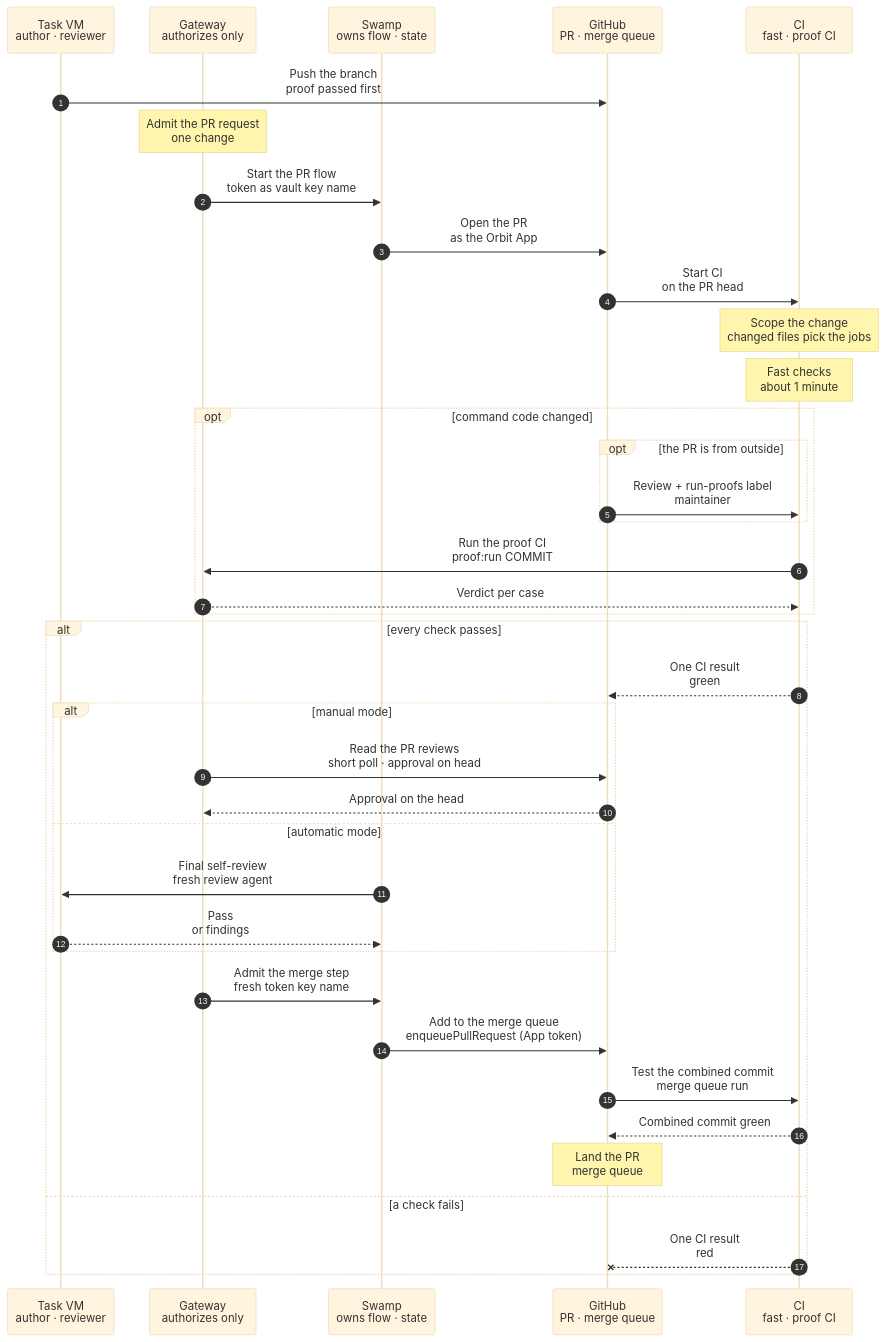
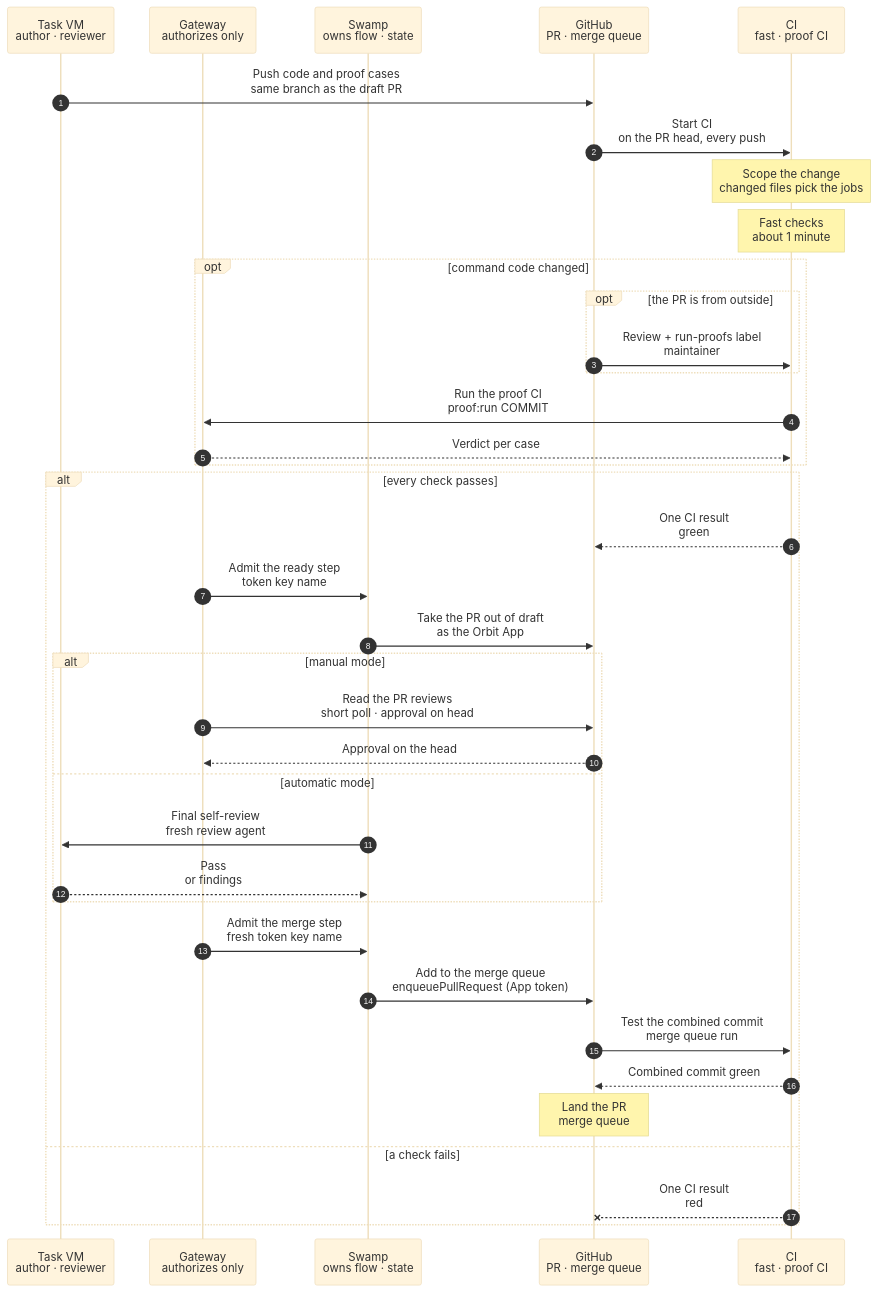
One commit to hardimpactdev/orbit changed the diagram in docs/reference/pipeline/4-pr-and-ci.mmd. Above: the diagram before and after it, drawn with Mermaid (base theme). The commit also changed 8 other files, not shown here.

First line of the commit message:
docs: one PR per command change

```diff
--- a/docs/reference/pipeline/4-pr-and-ci.mmd
+++ b/docs/reference/pipeline/4-pr-and-ci.mmd
@@ -1,107 +1,118 @@
 sequenceDiagram
-  %% Target design: stage 4 of the command development pipeline (feature-flow sections 3 and 4). There is one CI: the fast checks plus, for command code, the proof CI (proof:run for the affected commands). The merge queue requires that one CI result. Swamp opens the PR as the Orbit App and, once the gate has passed and CI is green, adds it to the merge queue with a Gateway-minted App token; the Gateway only admits and mints. GitHub auto-merge is not used.
+  %% Target design: stage 4 of the command development pipeline (feature-flow sections 3 and 4). It continues the one PR that stage 1 opened as a draft with the spec. The code and the runnable proof cases of the command are pushed to the same branch, so a reviewer can check that the chart, the docs, the cases, the code and the proof cases match. There is one CI: the fast checks plus, for command code, the proof CI (proof:run for the affected commands). It runs on every push. When everything is green the PR leaves draft; then comes the gate, and Swamp adds the PR to the merge queue with a Gateway-minted App token. The merge queue requires the one CI result. The Gateway only admits and mints. GitHub auto-merge is not used.
   %% status: draft
-  %% command: development pipeline stage 4 · PR and CI
+  %% command: development pipeline stage 4 · code, proof CI and merge in the same PR
   %% kind: pipeline.4-pr-and-ci
   autonumber
   %% lane AG icon=terminal pill=author tone=gray
   %% lane GW icon=gateway pill=intent tone=blue
   %% lane SW icon=workflow pill=executes tone=green
   %% lane GH icon=server pill=PR tone=purple
   %% lane CI icon=workflow pill=checks tone=amber
   participant AG as Task VM<br/>author · reviewer
   participant GW as Gateway<br/>authorizes only
   participant SW as Swamp<br/>owns flow · state
   participant GH as GitHub<br/>PR · merge queue
   participant CI as CI<br/>fast · proof CI
-  AG->>GH: Push the branch<br/>proof passed first
+  AG->>GH: Push code and proof cases<br/>same branch as the draft PR
   %%> Requirements:
+  %%> - the draft PR of stage 1 exists and its first commit holds the spec: chart, page and cases
   %%> - the cases passed on the nested fleet (stage 3)
-  Note over GW: Admit the PR request<br/>one change
   %%> What it does:
-  %%> - authorizes the request, records the operation, and mints a short-lived GitHub App token
-  GW->>SW: Start the PR flow<br/>token as vault key name
+  %%> - pushes the command code and the runnable proof cases to the branch of the draft PR; no second PR is opened
+  %%> - the chart, page, cases, code and proof cases are now in one PR, so a reviewer can check that they match
   %%> Not built:
-  %%> - the PR flow as a Swamp workflow
-  SW->>GH: Open the PR<br/>as the Orbit App
+  %%> - PRs opened by the App; today the author opens the draft PR as `nckrtl`
+  GH->>CI: Start CI<br/>on the PR head, every push
   %%> What it does:
-  %%> - one PR per change, with the chart, page and cases already merged for a command (stage 1)
-  %%> Not built:
-  %%> - PRs opened by the App; today the author opens the PR as `nckrtl`
-  GH->>CI: Start CI<br/>on the PR head
-  %%> What it does:
-  %%> - GitHub runs `ci.yml` for the PR head; there is one CI, and the merge queue requires its one result
+  %%> - GitHub runs `ci.yml` for the PR head on every push, also while the PR is a draft; there is one CI, and the merge queue requires its one result
   Note over CI: Scope the change<br/>changed files pick the jobs
   %%> Rules:
-  %%> - documentation only (`docs/`, `*.md`, charts): docs checks only, never the proof CI
+  %%> - documentation only (`docs/`, `*.md`, charts): docs checks only, never the proof CI; this is the spec commit alone
   %%> - Gateway code: fast checks and the Gateway Pest suite
   %%> - web or CLI code: fast checks and that build
   %%> - command code (workflows, extensions, playbooks, roles, versions): fast checks and the proof CI
   Note over CI: Fast checks<br/>about 1 minute
   %%> What it does:
   %%> - runs the required job set `Required checks`; every main commit also builds the web artifact and `Gateway release inputs` for the release (stage 5)
   opt command code changed
     opt the PR is from outside
       GH->>CI: Review + run-proofs label<br/>maintainer
       %%> What it does:
       %%> - a maintainer approves the head and adds the label `run-proofs`; the workflow passes that head SHA to `proof:run`
       %%> Why:
       %%> - a new push removes the label; the new head needs a new approval
     end
     CI->>GW: Run the proof CI<br/>proof:run COMMIT
     %%> What it does:
     %%> - a job on the beast or shark runner passes only the full SHA and an idempotency key; it checks out nothing and chooses no cases
     %%> - the Gateway checks the commit, selects the cases and starts one Swamp run, as in the chart of `proof:run`
     %%> Not built:
     %%> - the CI job that calls `proof:run`, and the proof CI as a job of the one CI result; today the queue needs `Required checks` alone
     GW-->>CI: Verdict per case
     %%> Result:
     %%> - the job reads the operation until it ends; a missing result or a failed assertion fails the CI result
   end
   alt every check passes
     CI-->>GH: One CI result<br/>green
     %%> Result:
     %%> - the merge queue requires this one result
+    GW->>SW: Admit the ready step<br/>token key name
+    %%> What it does:
+    %%> - authorizes the step and mints a short-lived App token
+    %%> When:
+    %%> - the PR is a draft and its CI is green on the head
+    SW->>GH: Take the PR out of draft<br/>as the Orbit App
+    %%> What it does:
+    %%> - marks the PR ready for review with the App token, passed by vault key name
+    %%> Why:
+    %%> - a draft means the work is still moving; leaving draft says the spec, code and proof cases are done
+    %%> Not built:
+    %%> - Swamp leaving draft; today the author runs `gh pr ready` as `nckrtl`
     alt manual mode
       GW->>GH: Read the PR reviews<br/>short poll · approval on head
       %%> What it does:
       %%> - Nick's approving review on the exact PR head is the gate; the Gateway sees it with a token that has only `pull_requests: read`
       %%> Why:
       %%> - the Gateway is private and its App receives no webhooks, so a short poll sees the approval
+      %%> - a push moves the PR head, so the approval must follow the last push
       %%> Not built:
       %%> - the approval-triggered continuation
       GH-->>GW: Approval on the head
     else automatic mode
       SW->>AG: Final self-review<br/>fresh review agent
       %%> What it does:
-      %%> - a new review agent, which took no part in the drafts or the earlier reviews, reads the PR head and the CI result
+      %%> - a new review agent, which took no part in the spec, the code or the earlier reviews, reads the whole PR head and the CI result
+      %%> Result:
+      %%> - findings go back to the author agent, which fixes them; the new head gets a new CI run and a new review
       AG-->>SW: Pass<br/>or findings
     end
     GW->>SW: Admit the merge step<br/>fresh token key name
     %%> Why:
     %%> - a token lives one hour and an approval can take longer, so the Gateway mints a new one for this step
     SW->>GH: Add to the merge queue<br/>enqueuePullRequest (App token)
     %%> What it does:
     %%> - Swamp adds the PR to the merge queue through GitHub's `enqueuePullRequest` GraphQL mutation, with the Gateway-minted App token passed by vault key name
     %%> - the Orbit App, through this Swamp step, decides whether the PR may merge; the PR's CI is already green and the gate has passed
     %%> History:
     %%> - GitHub auto-merge is no longer used
     %%> Not built:
     %%> - Swamp adding the PR to the merge queue; today the author runs `gh pr merge --auto` as `nckrtl` (the interim)
     %%> - the repository's auto-merge setting is switched off once Swamp enqueues PRs
     GH->>CI: Test the combined commit<br/>merge queue run
     %%> What it does:
-    %%> - the queue builds the PR on top of the newest main and runs the same selection rule
+    %%> - the queue builds the PR on top of the newest main and runs CI again with the same selection rule
     %%> - a batch needs the proof CI only for PRs that change command code
     CI-->>GH: Combined commit green
     %%> Result:
     %%> - the queue run tested the exact commit it now puts on main
     Note over GH: Land the PR<br/>merge queue
     %%> Result:
-    %%> - the commit is on main; the Gateway release (stage 5) finds it
+    %%> - the spec, the code and the proof cases are on main together; the Gateway release (stage 5) finds them
   else a check fails
     CI--xGH: One CI result<br/>red
     %%> Result:
-    %%> - the PR stays out of the queue; the author fixes and pushes again, and the gate starts again on the new head
+    %%> - the PR stays a draft and out of the queue; the author fixes and pushes again, and CI runs again on the new head
+    %%> - a PR that left draft and then goes red is fixed the same way, and the gate starts again on the new head
     %%> - a red combined commit removes the PR from the queue
   end
```
